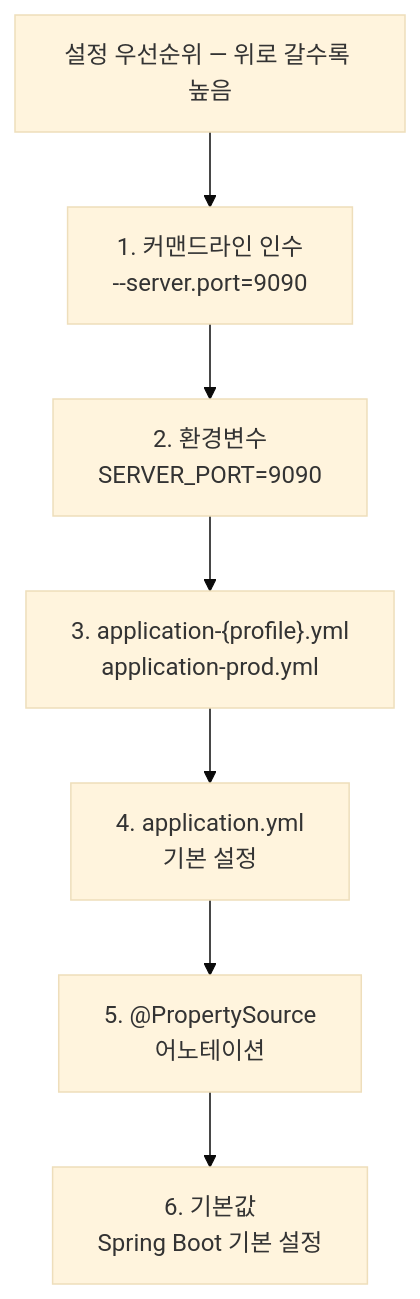
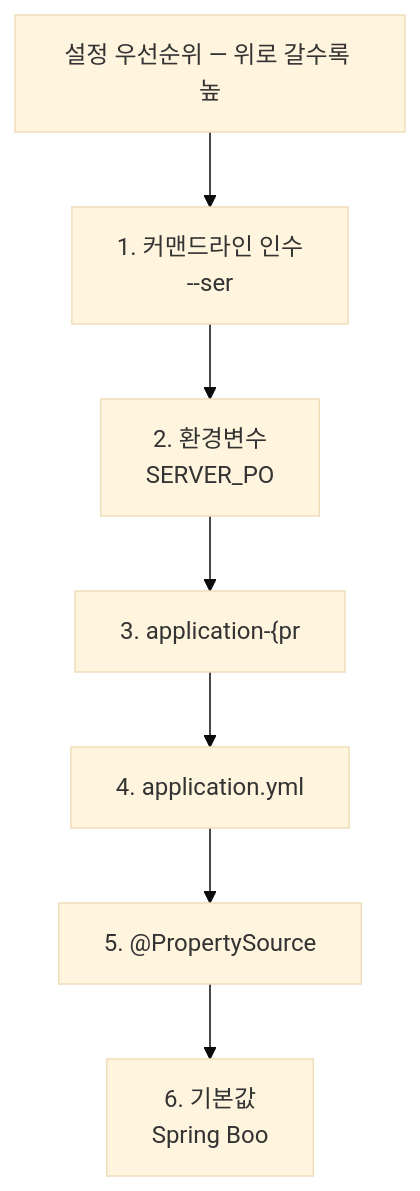
One commit to yjkim2015/yjkim2015.github.io changed the fourth of 7 diagrams in _posts/spring/2026-05-02-spring-boot-autoconfigure.md. Above: the diagram before and after it, drawn with Mermaid (base theme). The commit also changed other lines of this file and 271 other files, not shown here.

First line of the commit message:
Mermaid 라벨 축소: 긴 노드 텍스트 18자 이하로 트림 + \n 제거

````diff
--- a/_posts/spring/2026-05-02-spring-boot-autoconfigure.md
+++ b/_posts/spring/2026-05-02-spring-boot-autoconfigure.md
@@ -292,9 +292,9 @@
 ```mermaid
 graph TD
-    A["설정 우선순위 — 위로 갈수록 높음"] --> B["1. 커맨드라인 인수\n--server.port=9090"]
-    B --> C["2. 환경변수\nSERVER_PORT=9090"]
-    C --> D["3. application-{profile}.yml\napplication-prod.yml"]
-    D --> E["4. application.yml\n기본 설정"]
-    E --> F["5. @PropertySource\n어노테이션"]
-    F --> G["6. 기본값\nSpring Boot 기본 설정"]
+    A["설정 우선순위 — 위로 갈수록 높"] --> B["1. 커맨드라인 인수\n--ser"]
+    B --> C["2. 환경변수\nSERVER_PO"]
+    C --> D["3. application-{pr"]
+    D --> E["4. application.yml"]
+    E --> F["5. @PropertySource"]
+    F --> G["6. 기본값\nSpring Boo"]
 ```
````
